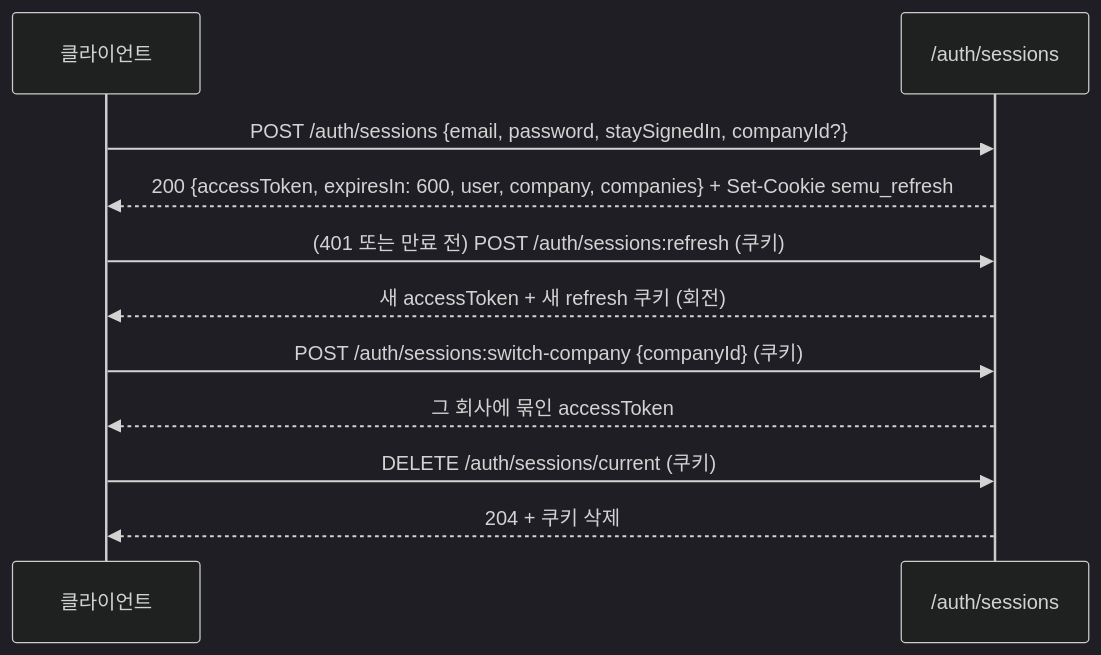
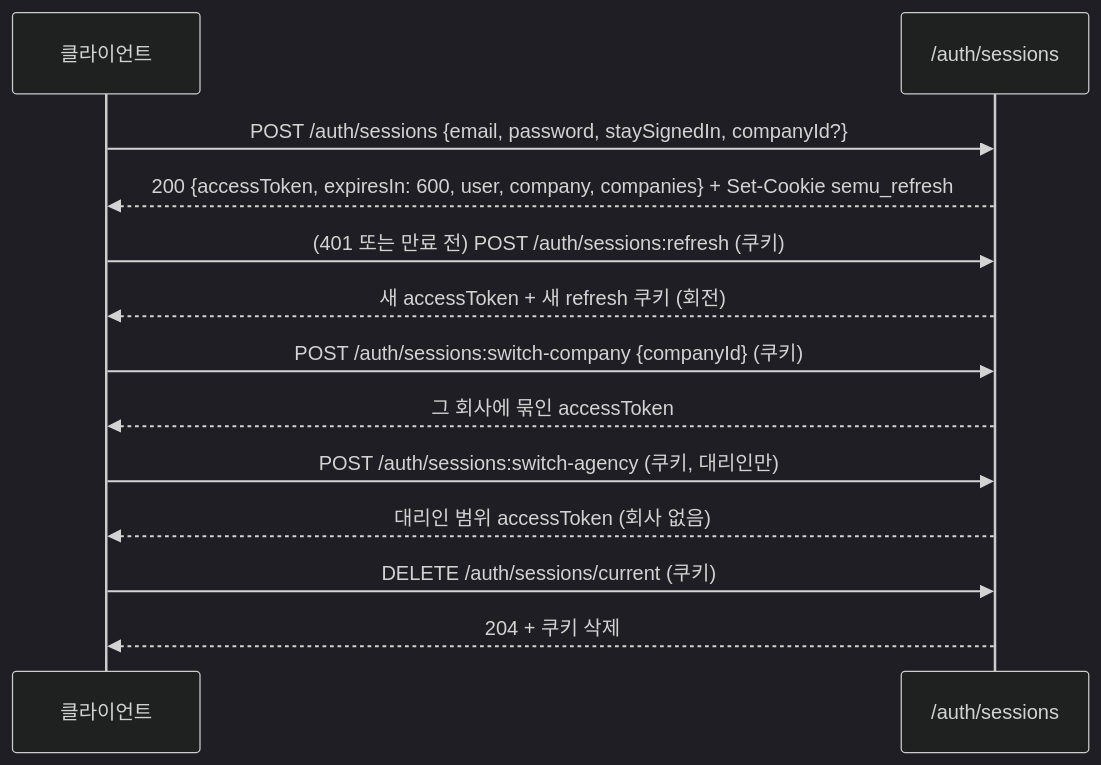
The first of 4 diagrams in docs/design/identity-access.md (cbcruk/semu), drawn with Mermaid (dark theme) before and after one commit. The commit also changed other lines of this file and 42 other files, not shown here.

````diff
--- a/docs/design/identity-access.md
+++ b/docs/design/identity-access.md
@@ -122,13 +125,15 @@
 ```mermaid
 sequenceDiagram
   participant C as 클라이언트
   participant S as /auth/sessions
   C->>S: POST /auth/sessions {email, password, staySignedIn, companyId?}
   S-->>C: 200 {accessToken, expiresIn: 600, user, company, companies} + Set-Cookie semu_refresh
   C->>S: (401 또는 만료 전) POST /auth/sessions:refresh (쿠키)
   S-->>C: 새 accessToken + 새 refresh 쿠키 (회전)
   C->>S: POST /auth/sessions:switch-company {companyId} (쿠키)
   S-->>C: 그 회사에 묶인 accessToken
+  C->>S: POST /auth/sessions:switch-agency (쿠키, 대리인만)
+  S-->>C: 대리인 범위 accessToken (회사 없음)
   C->>S: DELETE /auth/sessions/current (쿠키)
   S-->>C: 204 + 쿠키 삭제
 ```
````
